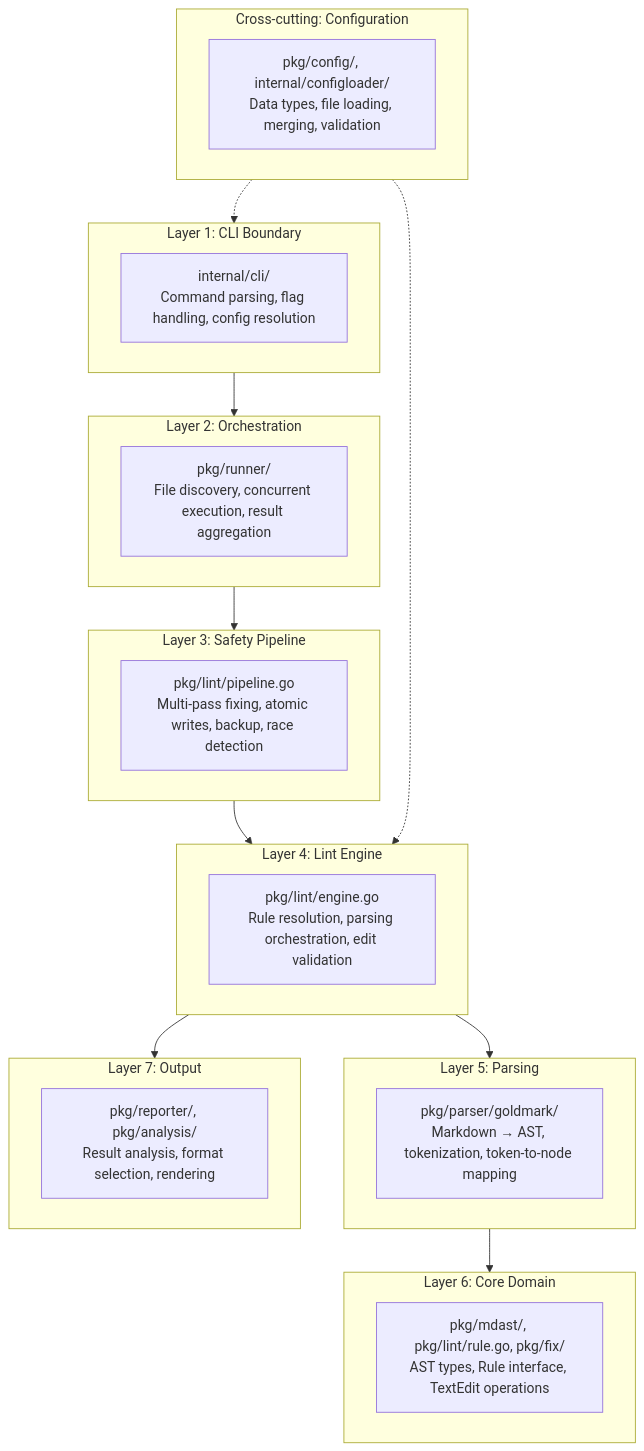
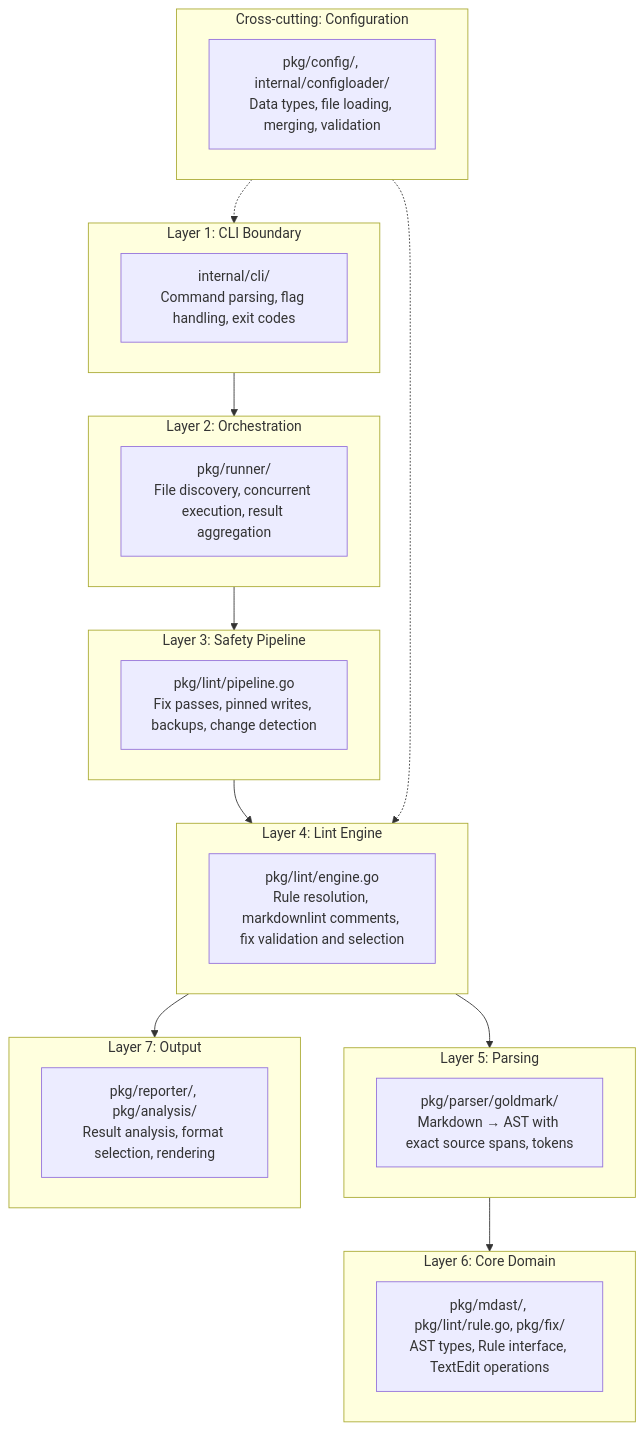
The fifth of 12 diagrams in docs/ARCHITECTURE.md (yaklabco/gomdlint), drawn with Mermaid before and after one commit. The commit also changed other lines of this file and 14 other files, not shown here.

````diff
--- a/docs/ARCHITECTURE.md
+++ b/docs/ARCHITECTURE.md
@@ -222,43 +576,43 @@
 ```mermaid
 flowchart TB
     subgraph L1["Layer 1: CLI Boundary"]
-        cli["internal/cli/<br/>Command parsing, flag handling, config resolution"]
+        cli["internal/cli/<br/>Command parsing, flag handling, exit codes"]
     end
 
     subgraph L2["Layer 2: Orchestration"]
         runner["pkg/runner/<br/>File discovery, concurrent execution, result aggregation"]
     end
 
     subgraph L3["Layer 3: Safety Pipeline"]
-        pipeline["pkg/lint/pipeline.go<br/>Multi-pass fixing, atomic writes, backup, race detection"]
+        pipeline["pkg/lint/pipeline.go<br/>Fix passes, pinned writes, backups, change detection"]
     end
 
     subgraph L4["Layer 4: Lint Engine"]
-        engine["pkg/lint/engine.go<br/>Rule resolution, parsing orchestration, edit validation"]
+        engine["pkg/lint/engine.go<br/>Rule resolution, markdownlint comments, fix validation and selection"]
     end
 
     subgraph L5["Layer 5: Parsing"]
-        parser["pkg/parser/goldmark/<br/>Markdown → AST, tokenization, token-to-node mapping"]
+        parser["pkg/parser/goldmark/<br/>Markdown → AST with exact source spans, tokens"]
     end
 
     subgraph L6["Layer 6: Core Domain"]
         domain["pkg/mdast/, pkg/lint/rule.go, pkg/fix/<br/>AST types, Rule interface, TextEdit operations"]
     end
 
     subgraph L7["Layer 7: Output"]
         output["pkg/reporter/, pkg/analysis/<br/>Result analysis, format selection, rendering"]
     end
 
     subgraph L8["Cross-cutting: Configuration"]
         config["pkg/config/, internal/configloader/<br/>Data types, file loading, merging, validation"]
     end
 
     L1 --> L2
     L2 --> L3
     L3 --> L4
     L4 --> L5
     L5 --> L6
     L4 --> L7
     L8 -.-> L1
     L8 -.-> L4
 ```
````
